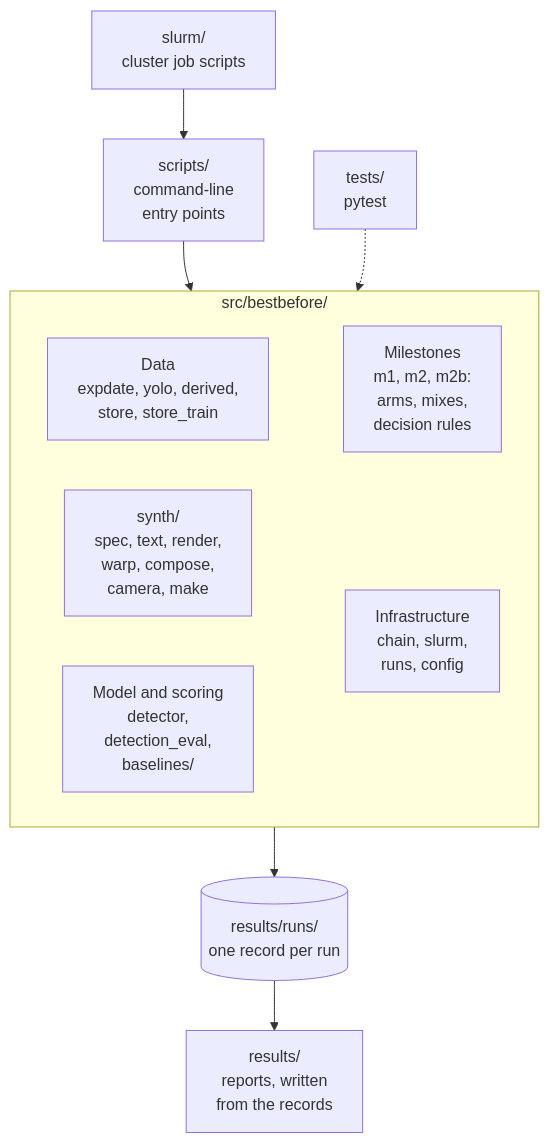
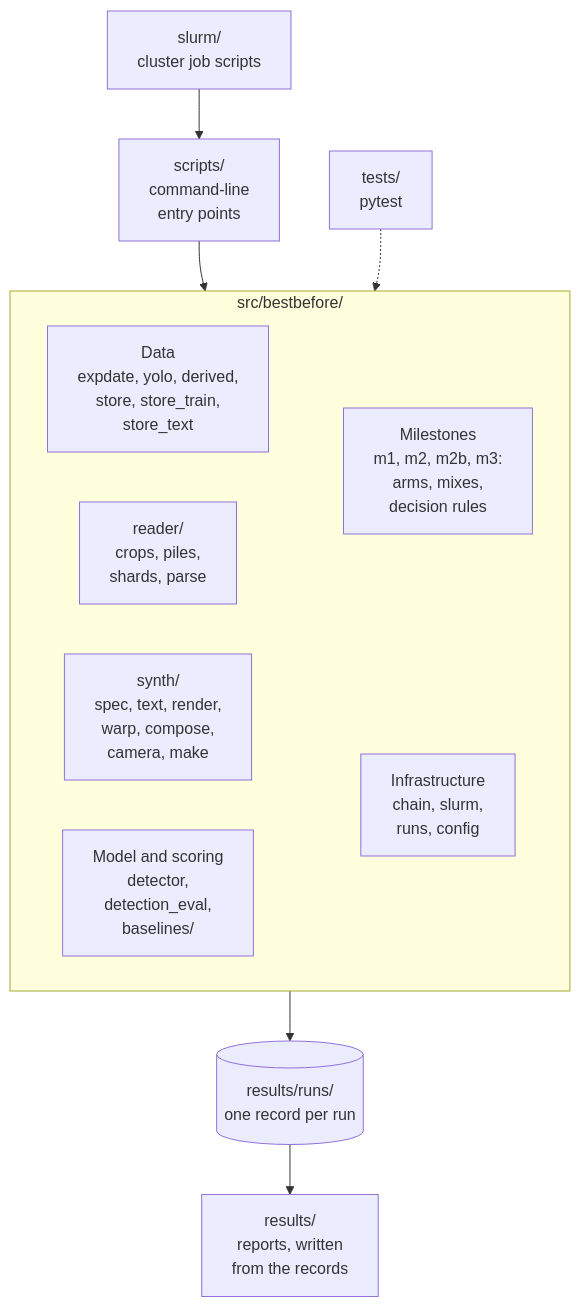
Diagram 13 of 13 in README.md (aayushroopchandani/bestbefore), drawn with Mermaid before and after one commit. The commit also changed other lines of this file, not shown here.

````diff
--- a/README.md
+++ b/README.md
@@ -769,18 +931,20 @@
 ```mermaid
 flowchart TD
     SLURM["slurm/<br/>cluster job scripts"] --> CLI["scripts/<br/>command-line<br/>entry points"]
     CLI --> lib
     subgraph lib["src/bestbefore/"]
-        DATA["Data<br/>expdate, yolo, derived,<br/>store, store_train"]
+        DATA["Data<br/>expdate, yolo, derived,<br/>store, store_train,<br/>store_text"]
         SYNTH["synth/<br/>spec, text, render,<br/>warp, compose,<br/>camera, make"]
         MODEL["Model and scoring<br/>detector,<br/>detection_eval,<br/>baselines/"]
-        RULES["Milestones<br/>m1, m2, m2b:<br/>arms, mixes,<br/>decision rules"]
+        READER["reader/<br/>crops, piles,<br/>shards, parse"]
+        RULES["Milestones<br/>m1, m2, m2b, m3:<br/>arms, mixes,<br/>decision rules"]
         INFRA["Infrastructure<br/>chain, slurm,<br/>runs, config"]
         DATA ~~~ RULES
         SYNTH ~~~ INFRA
         MODEL ~~~ INFRA
+        READER ~~~ RULES
     end
     lib --> REC[("results/runs/<br/>one record per run")]
     REC --> REP["results/<br/>reports, written<br/>from the records"]
     TESTS["tests/<br/>pytest"] -.-> lib
 ```
````
